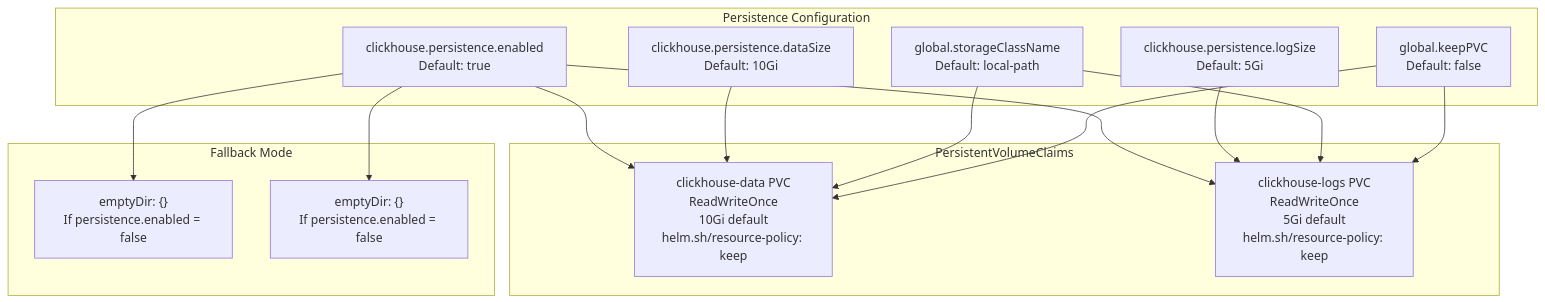
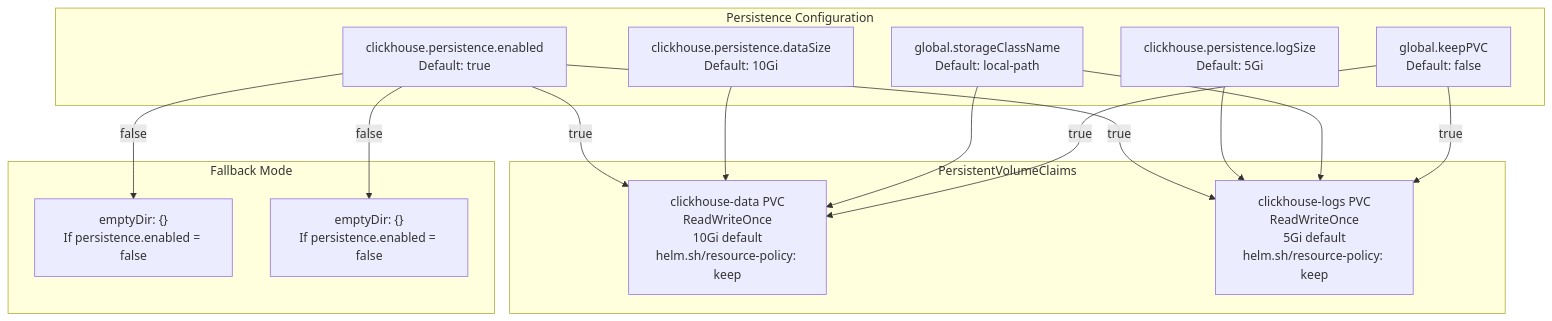
Before and after one commit to openchoreo/openchoreo: the third of 7 diagrams in docs/hyperdxio-helm-charts-docs/ClickHouse-Database.md, drawn with Mermaid. The commit also changed other lines of this file and 85 other files, not shown here.

Commit message:
feat: Add new workflow and specification templates, update Helm chart dependencies, and clarify documentation diagrams.

````diff
--- a/docs/hyperdxio-helm-charts-docs/ClickHouse-Database.md
+++ b/docs/hyperdxio-helm-charts-docs/ClickHouse-Database.md
@@ -200,42 +200,42 @@
 ```mermaid
 flowchart TD
 
 PersistenceEnabled["clickhouse.persistence.enabled<br>Default: true"]
 DataSize["clickhouse.persistence.dataSize<br>Default: 10Gi"]
 LogSize["clickhouse.persistence.logSize<br>Default: 5Gi"]
 StorageClass["global.storageClassName<br>Default: local-path"]
 KeepPVC["global.keepPVC<br>Default: false"]
 DataPVC["clickhouse-data PVC<br>ReadWriteOnce<br>10Gi default<br>helm.sh/resource-policy: keep"]
 LogsPVC["clickhouse-logs PVC<br>ReadWriteOnce<br>5Gi default<br>helm.sh/resource-policy: keep"]
 EmptyDirData["emptyDir: {}<br>If persistence.enabled = false"]
 EmptyDirLogs["emptyDir: {}<br>If persistence.enabled = false"]
 
-PersistenceEnabled --> DataPVC
-PersistenceEnabled --> LogsPVC
-PersistenceEnabled --> EmptyDirData
-PersistenceEnabled --> EmptyDirLogs
+PersistenceEnabled -->|"true"| DataPVC
+PersistenceEnabled -->|"true"| LogsPVC
+PersistenceEnabled -->|"false"| EmptyDirData
+PersistenceEnabled -->|"false"| EmptyDirLogs
 DataSize --> DataPVC
 LogSize --> LogsPVC
 StorageClass --> DataPVC
 StorageClass --> LogsPVC
-KeepPVC --> DataPVC
-KeepPVC --> LogsPVC
+KeepPVC -->|"true"| DataPVC
+KeepPVC -->|"true"| LogsPVC
 
 subgraph subGraph2 ["Fallback Mode"]
     EmptyDirData
     EmptyDirLogs
 end
 
 subgraph PersistentVolumeClaims ["PersistentVolumeClaims"]
     DataPVC
     LogsPVC
 end
 
 subgraph subGraph0 ["Persistence Configuration"]
     PersistenceEnabled
     DataSize
     LogSize
     StorageClass
     KeepPVC
 end
 ```
````
